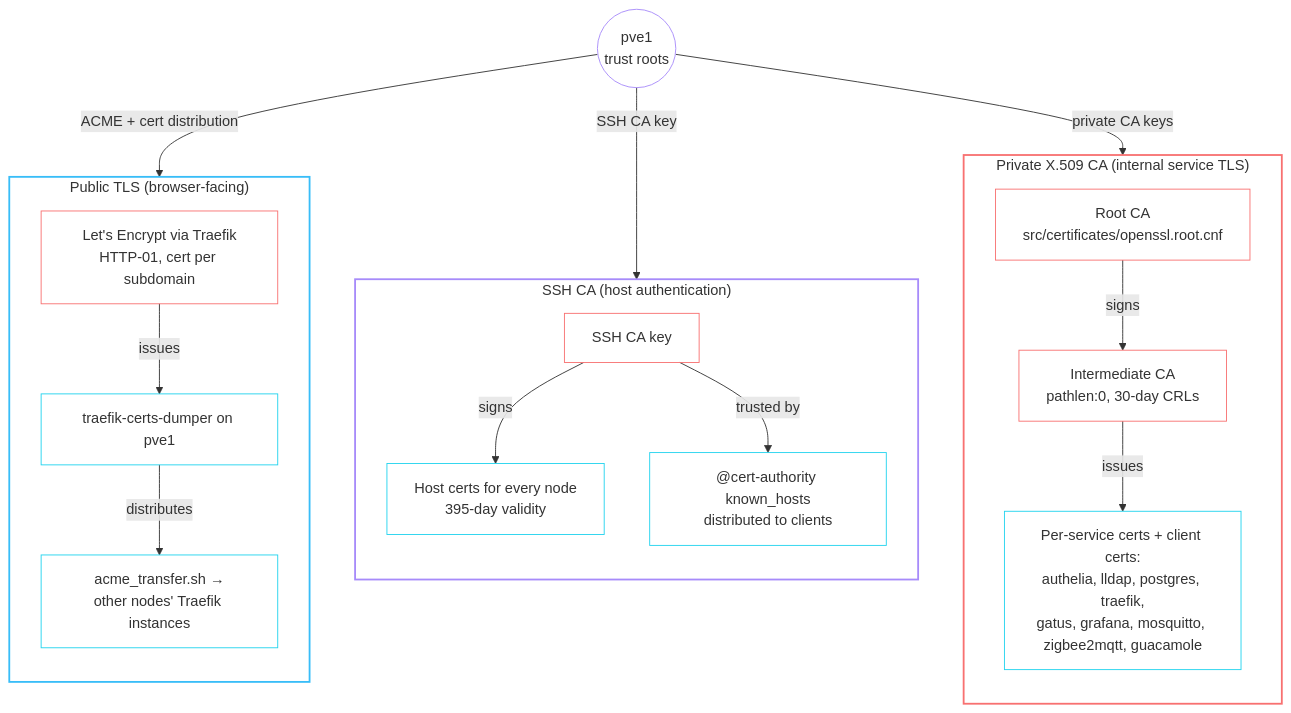
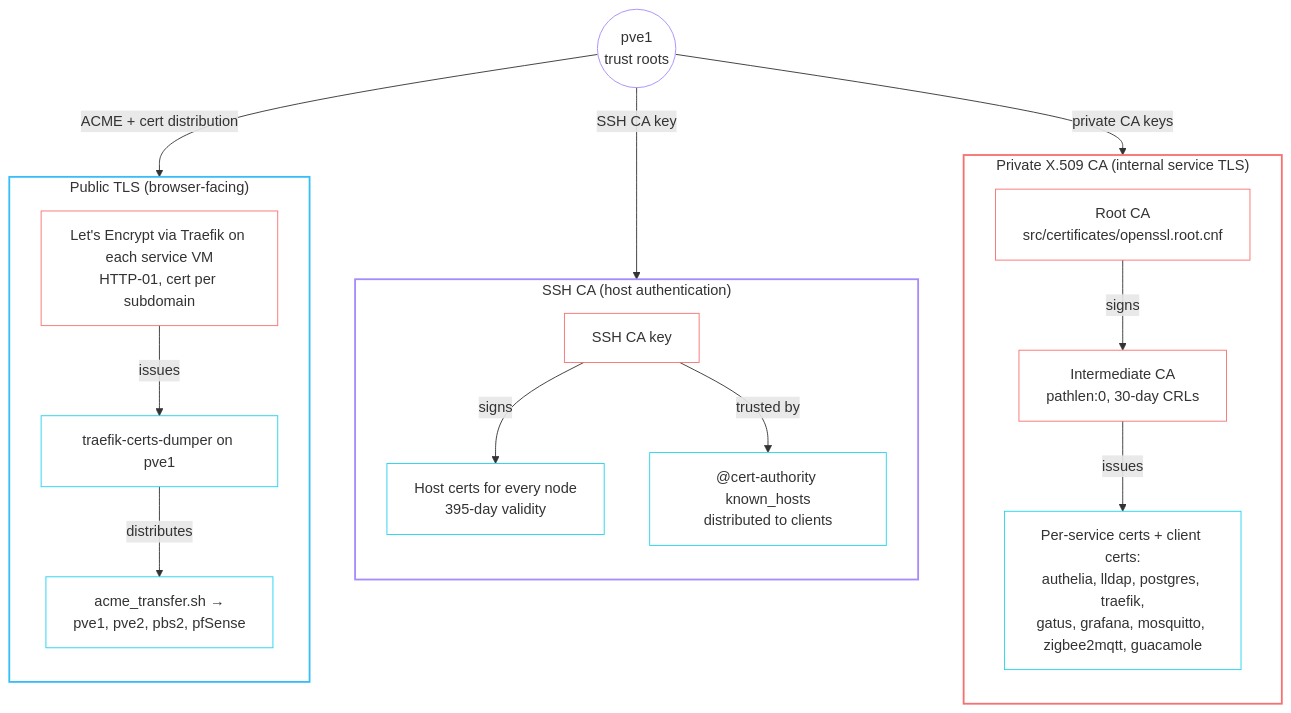
Before and after one commit to babraham123/homelab: the second of 2 diagrams in docs/security.md, drawn with Mermaid. The commit also changed other lines of this file and 1 other file, not shown here.

Commit message:
docs: ACME is answered on the service VMs; auth/06 blocked by router/04

````diff
--- a/docs/security.md
+++ b/docs/security.md
@@ -111,43 +111,43 @@
 ```mermaid
 flowchart TB
     pve1(("pve1<br/>trust roots"))
 
     subgraph x509["Private X.509 CA (internal service TLS)"]
         direction TB
         root["Root CA<br/>src/certificates/openssl.root.cnf"]
         inter["Intermediate CA<br/>pathlen:0, 30-day CRLs"]
         svc["Per-service certs + client certs:<br/>authelia, lldap, postgres, traefik,<br/>gatus, grafana, mosquitto, zigbee2mqtt, guacamole"]
         root -- "signs" --> inter -- "issues" --> svc
     end
 
     subgraph ssh["SSH CA (host authentication)"]
         direction TB
         sshca["SSH CA key"]
         hosts["Host certs for every node<br/>395-day validity"]
         known["@cert-authority known_hosts<br/>distributed to clients"]
         sshca -- "signs" --> hosts
         sshca -- "trusted by" --> known
     end
 
     subgraph public["Public TLS (browser-facing)"]
         direction TB
-        le["Let's Encrypt via Traefik<br/>HTTP-01, cert per subdomain"]
+        le["Let's Encrypt via Traefik on each service VM<br/>HTTP-01, cert per subdomain"]
         dumper["traefik-certs-dumper on pve1"]
-        xfer["acme_transfer.sh →<br/>other nodes' Traefik instances"]
+        xfer["acme_transfer.sh →<br/>pve1, pve2, pbs2, pfSense"]
         le -- "issues" --> dumper -- "distributes" --> xfer
     end
 
     pve1 -- "private CA keys" --> root
     pve1 -- "SSH CA key" --> sshca
     pve1 -- "ACME + cert distribution" --> le
 
     style x509 stroke:#f87171,stroke-width:2px,fill:transparent
     style ssh stroke:#a78bfa,stroke-width:2px,fill:transparent
     style public stroke:#38bdf8,stroke-width:2px,fill:transparent
     classDef ca stroke:#f87171,fill:transparent
     classDef dist stroke:#22d3ee,fill:transparent
     class root,inter,sshca,le ca
     class svc,hosts,known,dumper,xfer dist
     class pve1 host
     classDef host stroke:#a78bfa,fill:transparent
 ```
````
